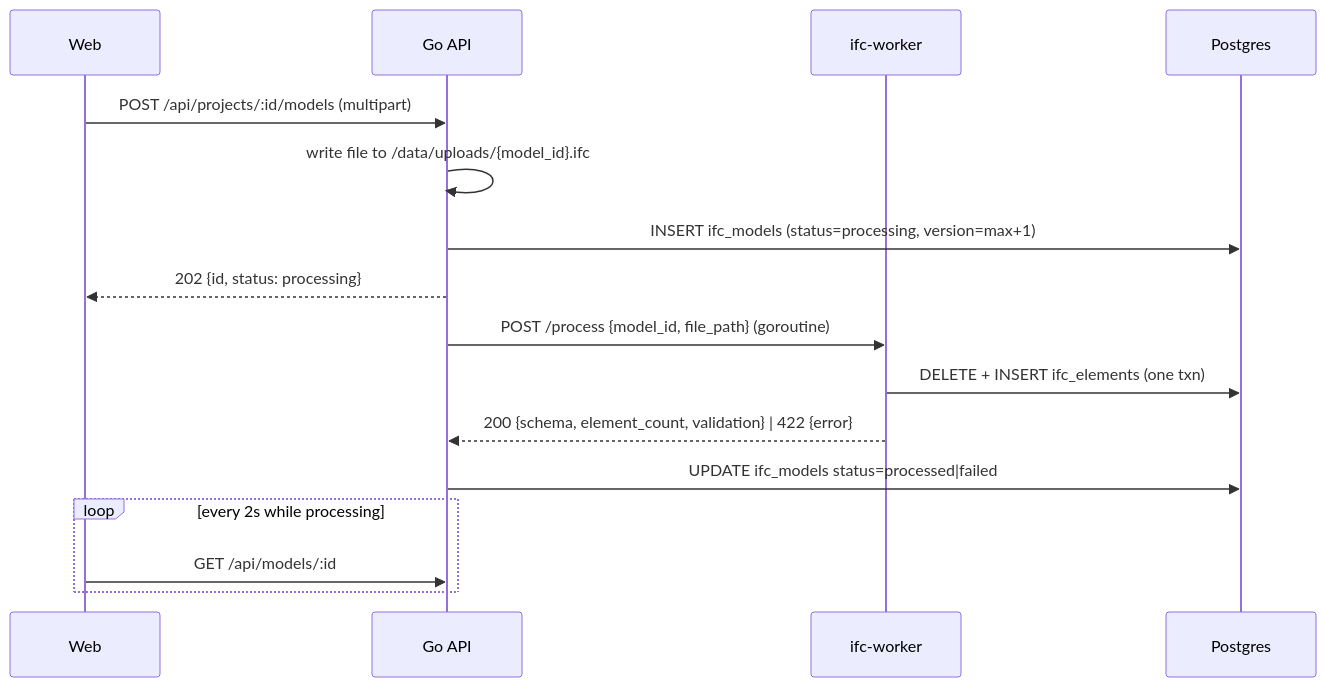
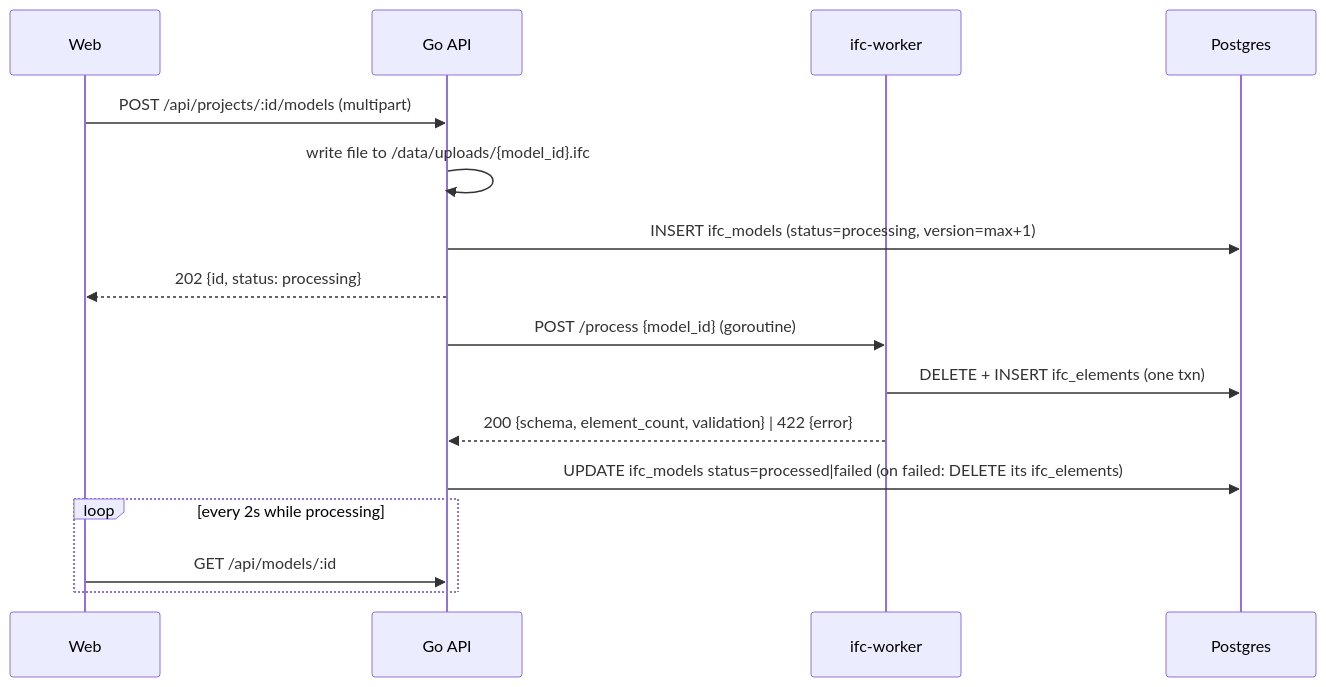
Before and after one commit to tony-dev-coam/mep-tracking: the second of 2 diagrams in docs/ai/design/2026-10-01-feature-ifc-ingest.md, drawn with Mermaid. The commit also changed other lines of this file and 1 other file, not shown here.

First line of the commit message:
docs(ifc-ingest): design review fixes

````diff
--- a/docs/ai/design/2026-10-01-feature-ifc-ingest.md
+++ b/docs/ai/design/2026-10-01-feature-ifc-ingest.md
@@ -23,18 +23,18 @@
 ```mermaid
 sequenceDiagram
   participant W as Web
   participant A as Go API
   participant P as ifc-worker
   participant D as Postgres
   W->>A: POST /api/projects/:id/models (multipart)
   A->>A: write file to /data/uploads/{model_id}.ifc
   A->>D: INSERT ifc_models (status=processing, version=max+1)
   A-->>W: 202 {id, status: processing}
-  A->>P: POST /process {model_id, file_path} (goroutine)
+  A->>P: POST /process {model_id} (goroutine)
   P->>D: DELETE + INSERT ifc_elements (one txn)
   P-->>A: 200 {schema, element_count, validation} | 422 {error}
-  A->>D: UPDATE ifc_models status=processed|failed
+  A->>D: UPDATE ifc_models status=processed|failed (on failed: DELETE its ifc_elements)
   loop every 2s while processing
     W->>A: GET /api/models/:id
   end
 ```
````
